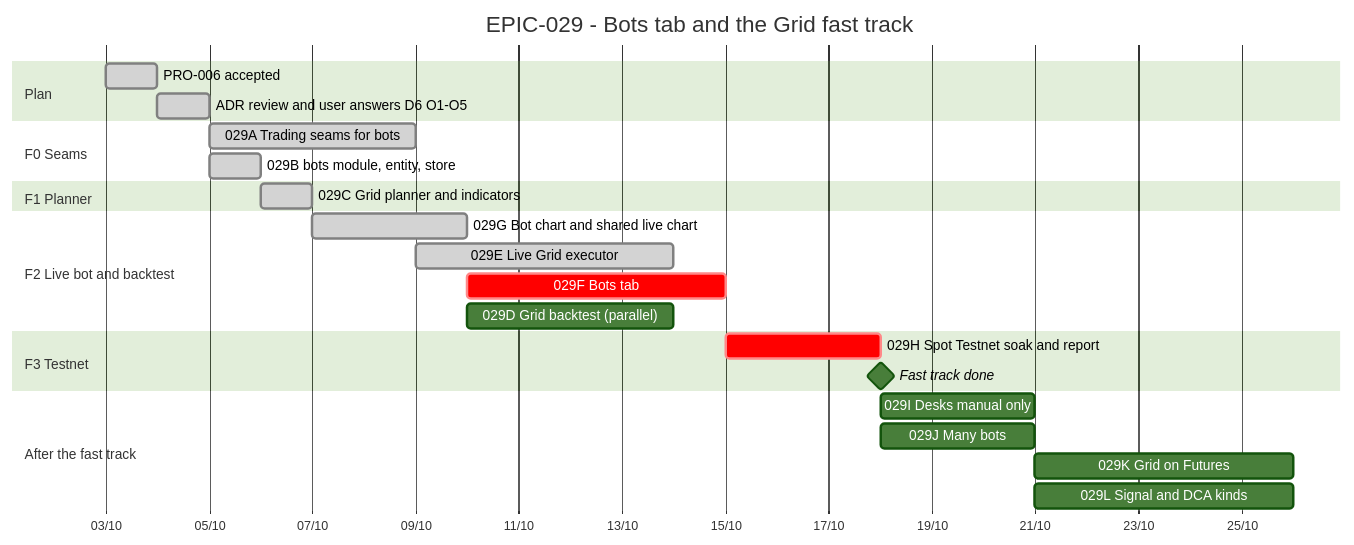
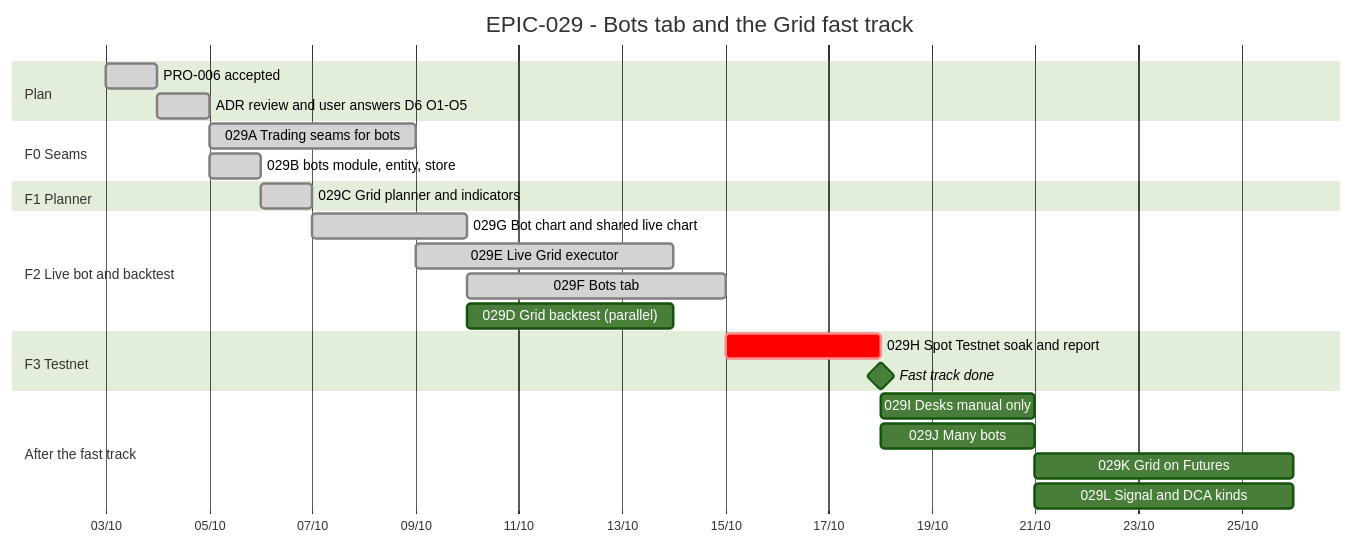
One commit to anhembedded/Sagittarius_Elite_Warrior changed the diagram in Tasks/epics/EPIC-029_bots_tab_grid_fast_track/TRACKING.md. Above: the diagram before and after it, drawn with Mermaid (forest theme). The commit also changed other lines of this file and 8 other files, not shown here.

First line of the commit message:
docs(epic-029): SPEC-014, the Bots tab in the HLD, 029F done on the boards

````diff
--- a/Tasks/epics/EPIC-029_bots_tab_grid_fast_track/TRACKING.md
+++ b/Tasks/epics/EPIC-029_bots_tab_grid_fast_track/TRACKING.md
@@ -13,34 +13,34 @@
 ```mermaid
 gantt
     title EPIC-029 - Bots tab and the Grid fast track
     dateFormat  YYYY-MM-DD
     axisFormat  %d/%m
     todayMarker stroke-width:2px,stroke:#d33,opacity:0.6
 
     section Plan
     PRO-006 accepted                         :done,    s1, 2026-10-03, 1d
     ADR review and user answers D6 O1-O5     :done,    s2, after s1, 1d
 
     section F0 Seams
     029A Trading seams for bots              :done,    a, after s2, 4d
     029B bots module, entity, store          :done,    b, after s2, 1d
 
     section F1 Planner
     029C Grid planner and indicators         :done,    c, after b, 1d
 
     section F2 Live bot and backtest
     029G Bot chart and shared live chart     :done,    g, after c, 3d
     029E Live Grid executor                  :done,    e, after a c, 5d
-    029F Bots tab                            :crit,    f, after g, 5d
+    029F Bots tab                            :done,    f, after g, 5d
     029D Grid backtest (parallel)            :         d, after g, 4d
 
     section F3 Testnet
     029H Spot Testnet soak and report        :crit,    h, after e f d, 3d
     Fast track done                          :milestone, m1, after h, 0d
 
     section After the fast track
     029I Desks manual only                   :         i, after m1, 3d
     029J Many bots                           :         j, after m1, 3d
     029K Grid on Futures                     :         k, after j, 5d
     029L Signal and DCA kinds                :         l, after i j, 5d
 ```
````
